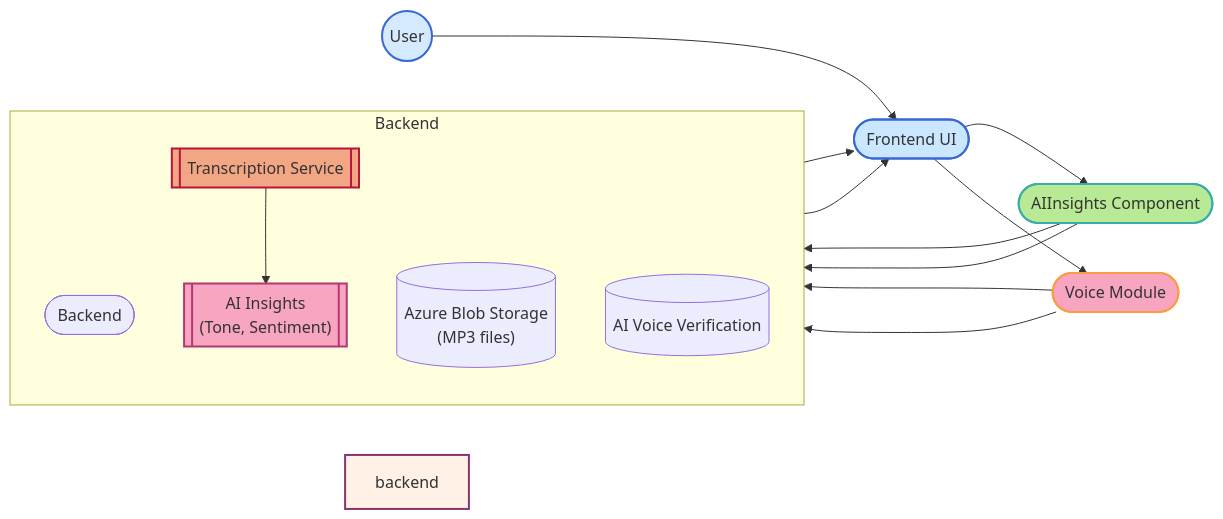
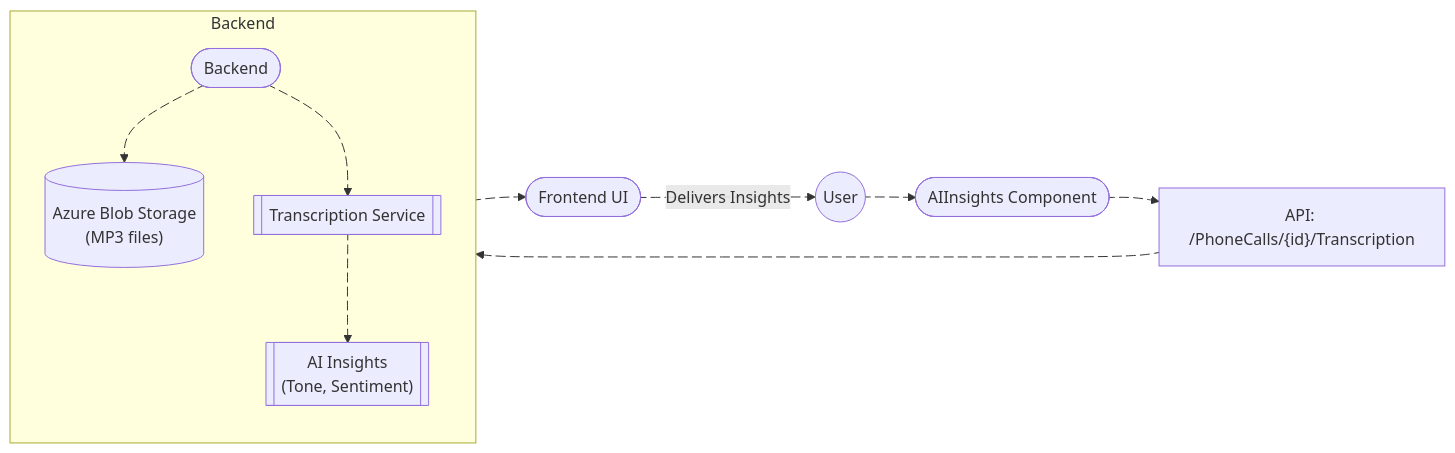
Before and after one commit to Harshita-capsitech/EmailDocs: the first of 2 diagrams in CallTranscription/overview.md, drawn with Mermaid. The commit also changed other lines of this file, not shown here.

````diff
--- a/CallTranscription/overview.md
+++ b/CallTranscription/overview.md
@@ -16,37 +20,35 @@
 ```mermaid
 flowchart LR
     %% User entry point
     user(("User"))
     ui(["Frontend UI"])
     aiinsights(["AIInsights Component"])
-    voiceModule(["Voice Module"])
+    api["API: /PhoneCalls/{id}/Transcription"]
 
     subgraph Backend
         direction TB
         be(["Backend"])
         blob[("Azure Blob Storage<br/>(MP3 files)")]
         transcription[["Transcription Service"]]
         insights[["AI Insights<br/>(Tone, Sentiment)"]]
-        aiVerification[("AI Voice Verification")]
     end
 
-    user --> ui
-    ui --> aiinsights
-    ui --> voiceModule
-    aiinsights --> be
-    voiceModule --> be
-    aiinsights --> transcription
-    voiceModule --> aiVerification
-    transcription --> insights
-    insights --> ui
-    aiVerification --> ui
+    user e1@--> aiinsights
+    aiinsights e2@--> api
+    api e3@--> be
+    be e4@--> blob
+    be e5@--> transcription
+    transcription e6@--> insights
+    insights e7@--> ui
+    ui e8@-- "Delivers Insights" --> user
 
-    %% Styling
-    style user fill:#d6eaff,stroke:#3867d6,stroke-width:2px
-    style ui fill:#cae7ff,stroke:#3867d6,stroke-width:2px
-    style aiinsights fill:#b8e994,stroke:#38ada9,stroke-width:2px
-    style voiceModule fill:#f8a5c2,stroke:#f99c42,stroke-width:2px
-    style backend fill:#fff1e6,stroke:#833471,stroke-width:2px
-    style transcription fill:#f3a683,stroke:#b71540,stroke-width:2px
-    style insights fill:#f8a5c2,stroke:#b33771,stroke-width:2px
+    %% Animations
+    e1@{ animate: true }
+    e2@{ animate: true }
+    e3@{ animate: true }
+    e4@{ animate: true }
+    e5@{ animate: true }
+    e6@{ animate: true }
+    e7@{ animate: true }
+    e8@{ animate: true }
 ```
````
